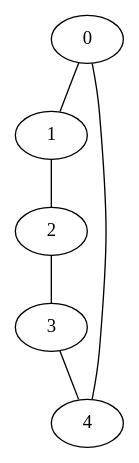
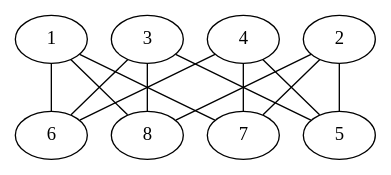
One commit to 4lesandr/DM_Sivoshenko_A changed the diagram in lab-4/input/graph4.dot. Above: the diagram before and after it, drawn with Graphviz. The commit also changed 7 other files, not shown here.

```diff
--- a/lab-4/input/graph4.dot
+++ b/lab-4/input/graph4.dot
@@ -1,7 +1,19 @@
-graph C5 {
-    0 -- 1;
-    1 -- 2;
-    2 -- 3;
-    3 -- 4;
-    4 -- 0;
+graph G {
+    // Вершины и их связи, исключая рёбра паросочетания (например, удалённые пары)
+
+    1 -- 6;
+    1 -- 7;
+    1 -- 8;
+    
+    2 -- 5;
+    2 -- 7;
+    2 -- 8;
+    
+    3 -- 5;
+    3 -- 6;
+    3 -- 8;
+    
+    4 -- 5;
+    4 -- 6;
+    4 -- 7;
 }
```
